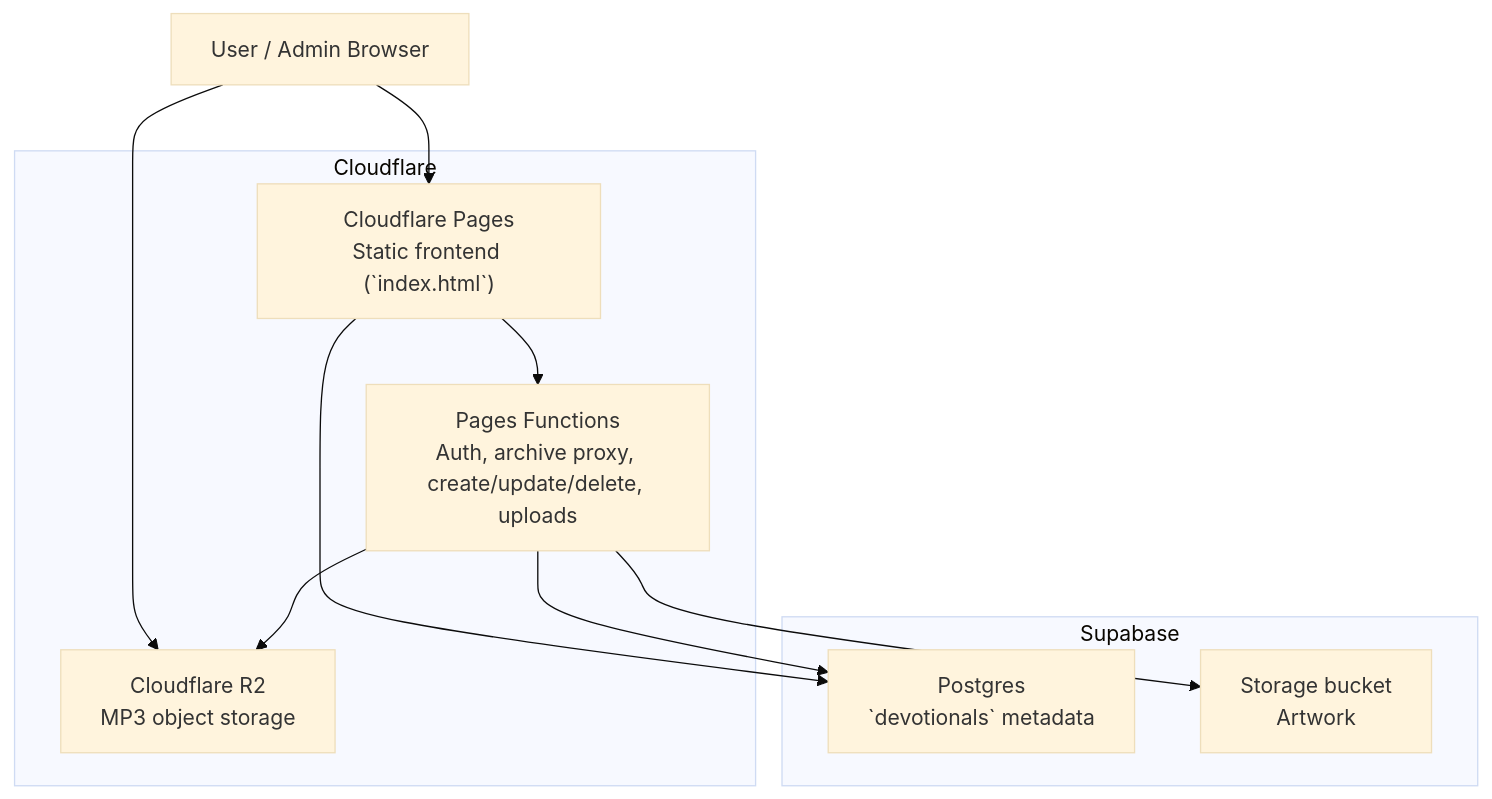
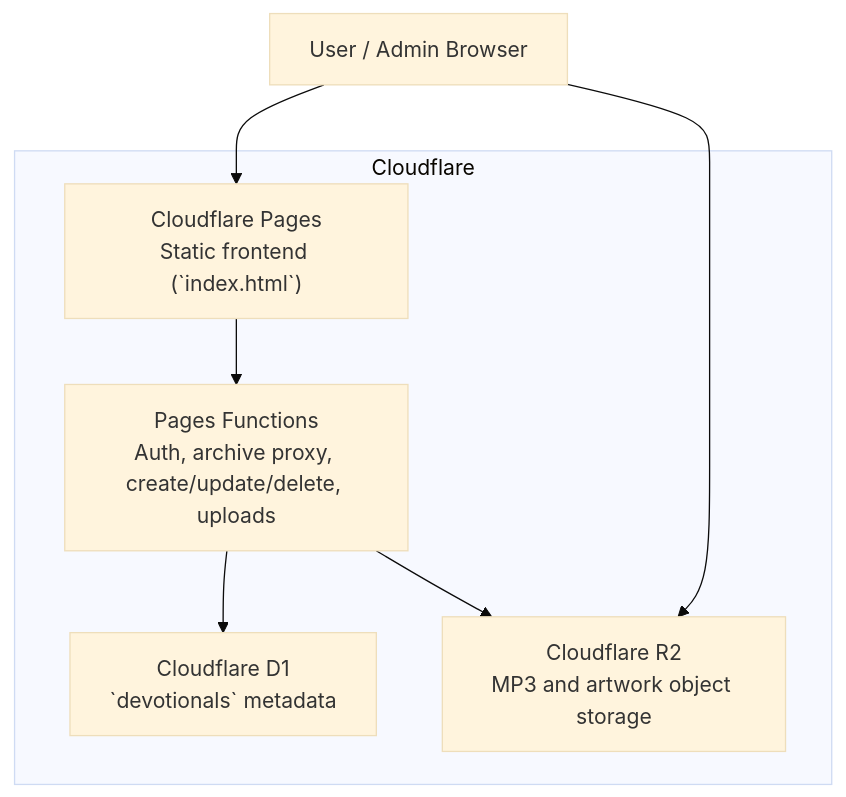
One commit to manynames3/selah changed the diagram in docs/architecture.md. Above: the diagram before and after it, drawn with Mermaid (base theme). The commit also changed other lines of this file and 15 other files, not shown here.

````diff
--- a/docs/architecture.md
+++ b/docs/architecture.md
@@ -7,23 +7,17 @@
 ```mermaid
 flowchart TB
     user["User / Admin Browser"]
 
     subgraph cloudflare["Cloudflare"]
         pages["Cloudflare Pages\nStatic frontend (`index.html`)"]
         funcs["Pages Functions\nAuth, archive proxy, create/update/delete, uploads"]
-        r2["Cloudflare R2\nMP3 object storage"]
-    end
-
-    subgraph supabase["Supabase"]
-        db["Postgres\n`devotionals` metadata"]
-        art["Storage bucket\nArtwork"]
+        db["Cloudflare D1\n`devotionals` metadata"]
+        r2["Cloudflare R2\nMP3 and artwork object storage"]
     end
 
     user --> pages
     user --> r2
     pages --> funcs
-    pages --> db
     funcs --> db
-    funcs --> art
     funcs --> r2
 ```
````
